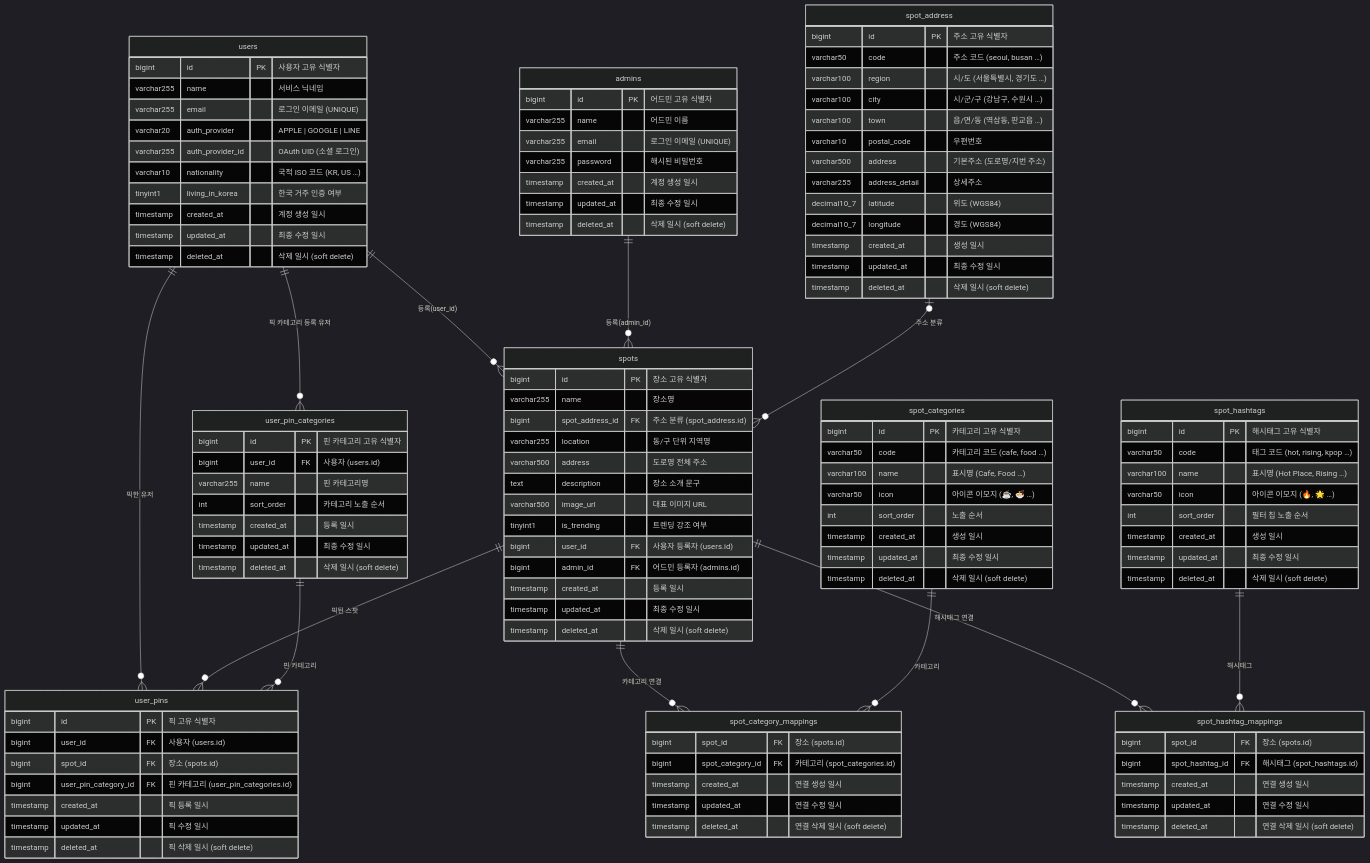
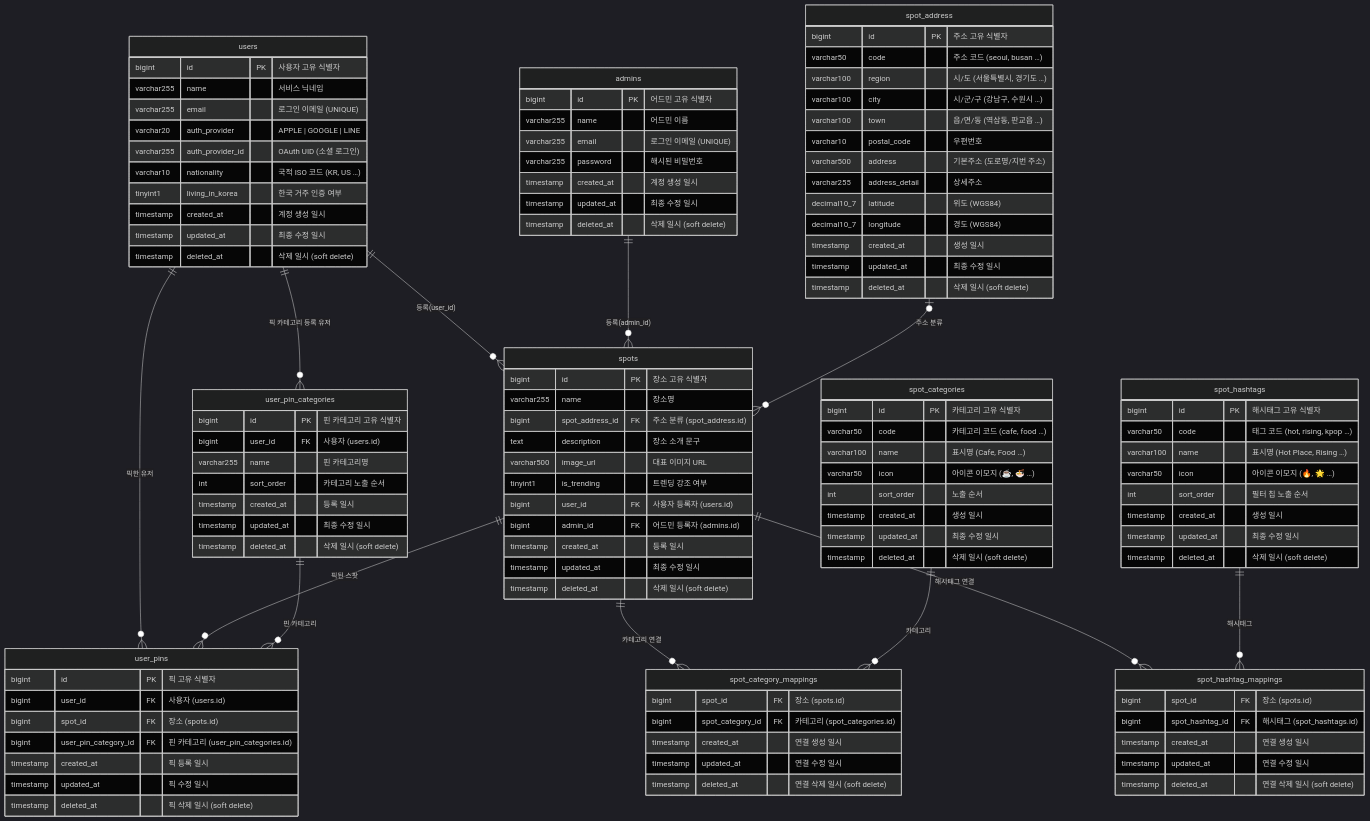
Before and after one commit to picko-labs/picko-api: the diagram in src/main/resources/db/ddl/schema-erd.mmd, drawn with Mermaid (dark theme).

Commit message:
docs: spots 테이블에서 spot_address와 중복되는 location·address 컬럼 제거

```diff
--- a/src/main/resources/db/ddl/schema-erd.mmd
+++ b/src/main/resources/db/ddl/schema-erd.mmd
@@ -1,141 +1,139 @@
 erDiagram
 
     users {
         bigint      id               PK  "사용자 고유 식별자"
         varchar255  name                 "서비스 닉네임"
         varchar255  email                "로그인 이메일 (UNIQUE)"
         varchar20   auth_provider        "APPLE | GOOGLE | LINE"
         varchar255  auth_provider_id     "OAuth UID (소셜 로그인)"
         varchar10   nationality          "국적 ISO 코드 (KR, US …)"
         tinyint1    living_in_korea      "한국 거주 인증 여부"
         timestamp   created_at           "계정 생성 일시"
         timestamp   updated_at           "최종 수정 일시"
         timestamp   deleted_at           "삭제 일시 (soft delete)"
     }
 
     admins {
         bigint      id          PK  "어드민 고유 식별자"
         varchar255  name            "어드민 이름"
         varchar255  email           "로그인 이메일 (UNIQUE)"
         varchar255  password        "해시된 비밀번호"
         timestamp   created_at      "계정 생성 일시"
         timestamp   updated_at      "최종 수정 일시"
         timestamp   deleted_at      "삭제 일시 (soft delete)"
     }
 
     spot_address {
         bigint      id             PK  "주소 고유 식별자"
         varchar50   code               "주소 코드 (seoul, busan …)"
         varchar100  region             "시/도 (서울특별시, 경기도 …)"
         varchar100  city               "시/군/구 (강남구, 수원시 …)"
         varchar100  town               "읍/면/동 (역삼동, 판교읍 …)"
         varchar10   postal_code        "우편번호"
         varchar500  address            "기본주소 (도로명/지번 주소)"
         varchar255  address_detail     "상세주소"
         decimal10_7 latitude           "위도 (WGS84)"
         decimal10_7 longitude          "경도 (WGS84)"
         timestamp   created_at         "생성 일시"
         timestamp   updated_at         "최종 수정 일시"
         timestamp   deleted_at         "삭제 일시 (soft delete)"
     }
 
     spot_categories {
         bigint      id          PK  "카테고리 고유 식별자"
         varchar50   code            "카테고리 코드 (cafe, food …)"
         varchar100  name            "표시명 (Cafe, Food …)"
         varchar50   icon            "아이콘 이모지 (☕, 🍜 …)"
         int         sort_order      "노출 순서"
         timestamp   created_at      "생성 일시"
         timestamp   updated_at      "최종 수정 일시"
         timestamp   deleted_at      "삭제 일시 (soft delete)"
     }
 
     spots {
         bigint      id              PK  "장소 고유 식별자"
         varchar255  name                "장소명"
         bigint      spot_address_id FK  "주소 분류 (spot_address.id)"
-        varchar255  location            "동/구 단위 지역명"
-        varchar500  address             "도로명 전체 주소"
         text        description         "장소 소개 문구"
         varchar500  image_url           "대표 이미지 URL"
         tinyint1    is_trending         "트렌딩 강조 여부"
         bigint      user_id         FK  "사용자 등록자 (users.id)"
         bigint      admin_id        FK  "어드민 등록자 (admins.id)"
         timestamp   created_at          "등록 일시"
         timestamp   updated_at          "최종 수정 일시"
         timestamp   deleted_at          "삭제 일시 (soft delete)"
     }
 
     spot_category_mappings {
         bigint      spot_id          FK  "장소 (spots.id)"
         bigint      spot_category_id FK  "카테고리 (spot_categories.id)"
         timestamp   created_at           "연결 생성 일시"
         timestamp   updated_at           "연결 수정 일시"
         timestamp   deleted_at           "연결 삭제 일시 (soft delete)"
     }
 
     user_pin_categories {
         bigint      id         PK  "핀 카테고리 고유 식별자"
         bigint      user_id    FK  "사용자 (users.id)"
         varchar255  name           "핀 카테고리명"
         int         sort_order     "카테고리 노출 순서"
         timestamp   created_at     "등록 일시"
         timestamp   updated_at     "최종 수정 일시"
         timestamp   deleted_at     "삭제 일시 (soft delete)"
     }
 
     user_pins {
         bigint      id                   PK  "픽 고유 식별자"
         bigint      user_id              FK  "사용자 (users.id)"
         bigint      spot_id              FK  "장소 (spots.id)"
         bigint      user_pin_category_id FK  "핀 카테고리 (user_pin_categories.id)"
         timestamp   created_at               "픽 등록 일시"
         timestamp   updated_at               "픽 수정 일시"
         timestamp   deleted_at               "픽 삭제 일시 (soft delete)"
     }
 
     spot_hashtags {
         bigint      id          PK  "해시태그 고유 식별자"
         varchar50   code            "태그 코드 (hot, rising, kpop …)"
         varchar100  name            "표시명 (Hot Place, Rising …)"
         varchar50   icon            "아이콘 이모지 (🔥, 🌟 …)"
         int         sort_order      "필터 칩 노출 순서"
         timestamp   created_at      "생성 일시"
         timestamp   updated_at      "최종 수정 일시"
         timestamp   deleted_at      "삭제 일시 (soft delete)"
     }
 
     spot_hashtag_mappings {
         bigint      spot_id         FK  "장소 (spots.id)"
         bigint      spot_hashtag_id FK  "해시태그 (spot_hashtags.id)"
         timestamp   created_at          "연결 생성 일시"
         timestamp   updated_at          "연결 수정 일시"
         timestamp   deleted_at          "연결 삭제 일시 (soft delete)"
     }
 
     %% ── 관계 정의 ──────────────────────────────────────────
 
     %% users → spots : 유저가 스팟을 직접 등록
     users                ||--o{ spots                    : "등록(user_id)"
 
     %% admins → spots : 어드민이 스팟을 등록
     admins               ||--o{ spots                    : "등록(admin_id)"
 
     %% users ↔ spots : 유저가 스팟을 픽(북마크)
     users                ||--o{ user_pins                : "픽한 유저"
     spots                ||--o{ user_pins                : "픽된 스팟"
 
     %% users → user_pin_categories : 유저의 픽 카테고리
     users                ||--o{ user_pin_categories        : "픽 카테고리 등록 유저"
     user_pin_categories  ||--o{ user_pins                  : "핀 카테고리"
 
     %% spots ↔ spot_categories : 스팟 카테고리 (N개)
     spots                ||--o{ spot_category_mappings   : "카테고리 연결"
     spot_categories      ||--o{ spot_category_mappings   : "카테고리"
 
     %% spots → spot_address : 주소 분류
     spot_address         |o--o{ spots                    : "주소 분류"
 
     %% spots ↔ spot_hashtags : 해시태그 필터
     spots                ||--o{ spot_hashtag_mappings    : "해시태그 연결"
     spot_hashtags        ||--o{ spot_hashtag_mappings    : "해시태그"
```
